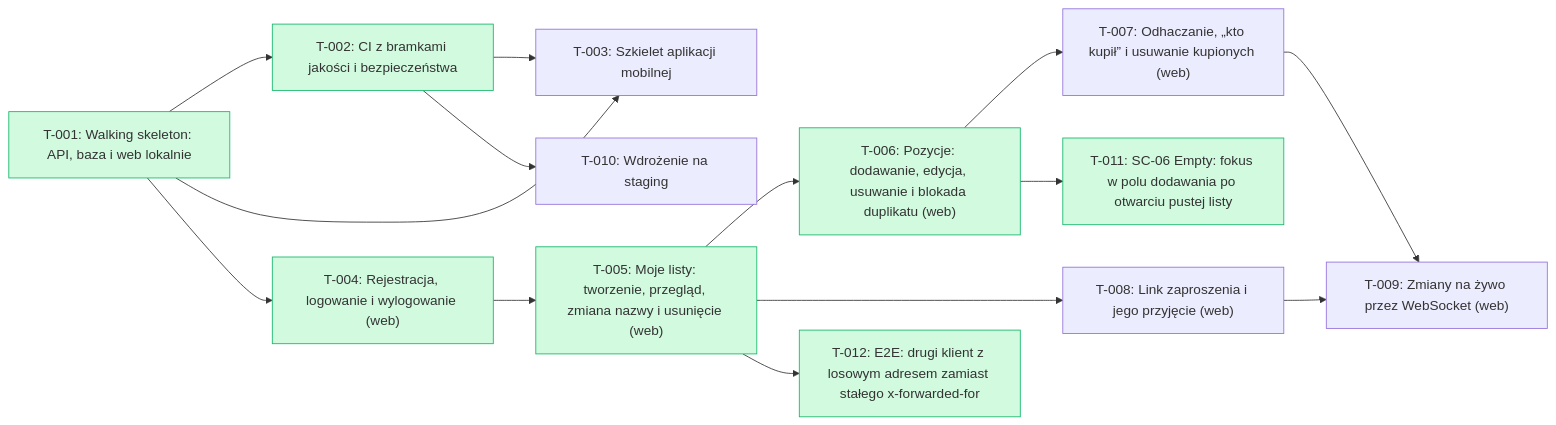
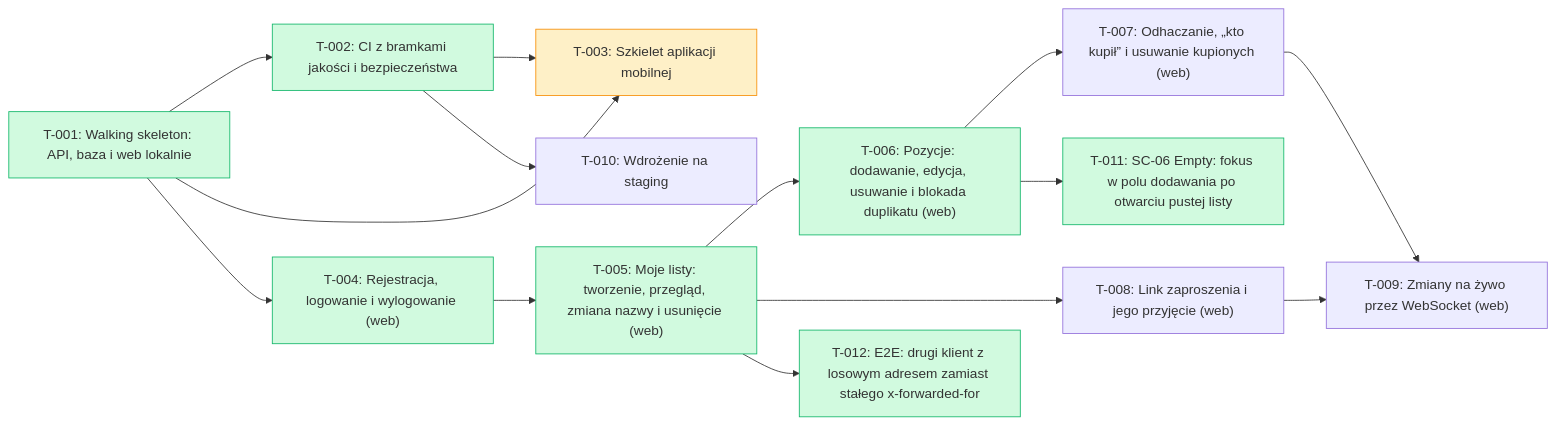
One commit to tombraz/lista-zakupow changed the diagram in docs/backlog/index.md. Above: the diagram before and after it, drawn with Mermaid. The commit also changed other lines of this file and 38 other files, not shown here.

````diff
--- a/docs/backlog/index.md
+++ b/docs/backlog/index.md
@@ -20,32 +19,32 @@
 ```mermaid
 flowchart LR
   T_001["T-001: Walking skeleton: API, baza i web lokalnie"]:::done
   T_002["T-002: CI z bramkami jakości i bezpieczeństwa"]:::done
-  T_003["T-003: Szkielet aplikacji mobilnej"]
+  T_003["T-003: Szkielet aplikacji mobilnej"]:::wip
   T_004["T-004: Rejestracja, logowanie i wylogowanie (web)"]:::done
   T_005["T-005: Moje listy: tworzenie, przegląd, zmiana nazwy i usunięcie (web)"]:::done
   T_006["T-006: Pozycje: dodawanie, edycja, usuwanie i blokada duplikatu (web)"]:::done
   T_007["T-007: Odhaczanie, „kto kupił” i usuwanie kupionych (web)"]
   T_008["T-008: Link zaproszenia i jego przyjęcie (web)"]
   T_009["T-009: Zmiany na żywo przez WebSocket (web)"]
   T_010["T-010: Wdrożenie na staging"]
   T_011["T-011: SC-06 Empty: fokus w polu dodawania po otwarciu pustej listy"]:::done
   T_012["T-012: E2E: drugi klient z losowym adresem zamiast stałego x-forwarded-for"]:::done
   T_001 --> T_002
   T_001 --> T_003
   T_002 --> T_003
   T_001 --> T_004
   T_004 --> T_005
   T_005 --> T_006
   T_006 --> T_007
   T_005 --> T_008
   T_007 --> T_009
   T_008 --> T_009
   T_002 --> T_010
   T_006 --> T_011
   T_005 --> T_012
   classDef done fill:#d1fadf,stroke:#12b76a
   classDef wip fill:#fef0c7,stroke:#f79009
   classDef qa fill:#e0eaff,stroke:#2970ff
   classDef blocked fill:#fee4e2,stroke:#f04438
 ```
````
